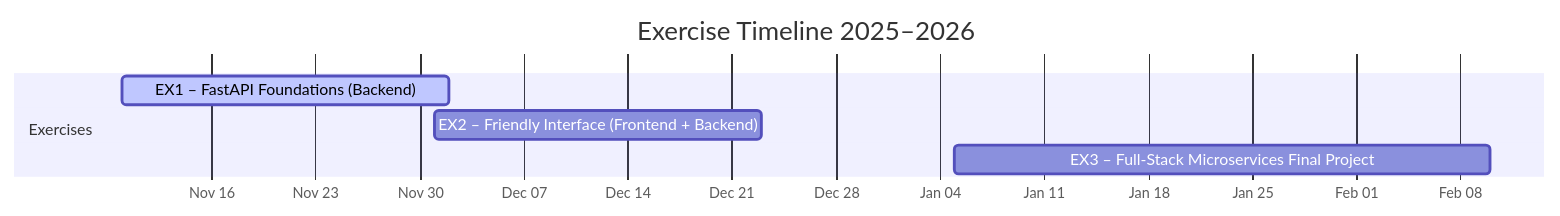
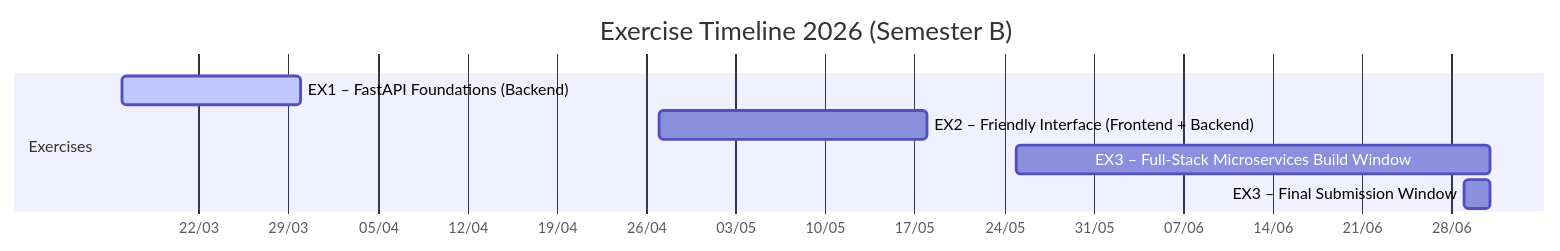
One commit to EASS-HIT-PART-A-2026-CLASS-IX/lecture-notes changed the diagram in docs/exercises.md. Above: the diagram before and after it, drawn with Mermaid. The commit also changed other lines of this file and 16 other files, not shown here.

Commit message:
docs: align Semester B 2026 calendar and Shabbat-safe exercise deadlines

````diff
--- a/docs/exercises.md
+++ b/docs/exercises.md
@@ -7,11 +9,12 @@
 ```mermaid
 gantt
-    title Exercise Timeline 2025–2026
-    dateFormat  YYYY-MM-DD
-    axisFormat  %b %d
+    title Exercise Timeline 2026 (Semester B)
+    dateFormat  DD/MM/YYYY
+    axisFormat  %d/%m
 
     section Exercises
-    EX1 – FastAPI Foundations (Backend)             :active, 2025-11-10, 2025-12-02
-    EX2 – Friendly Interface (Frontend + Backend)   :2025-12-01, 2025-12-23
-    EX3 – Full-Stack Microservices Final Project    :2026-01-05, 2026-02-10
+    EX1 – FastAPI Foundations (Backend)             :active, 16/03/2026, 30/03/2026
+    EX2 – Friendly Interface (Frontend + Backend)   :27/04/2026, 18/05/2026
+    EX3 – Full-Stack Microservices Build Window     :25/05/2026, 01/07/2026
+    EX3 – Final Submission Window                   :29/06/2026, 01/07/2026
 ```
````
